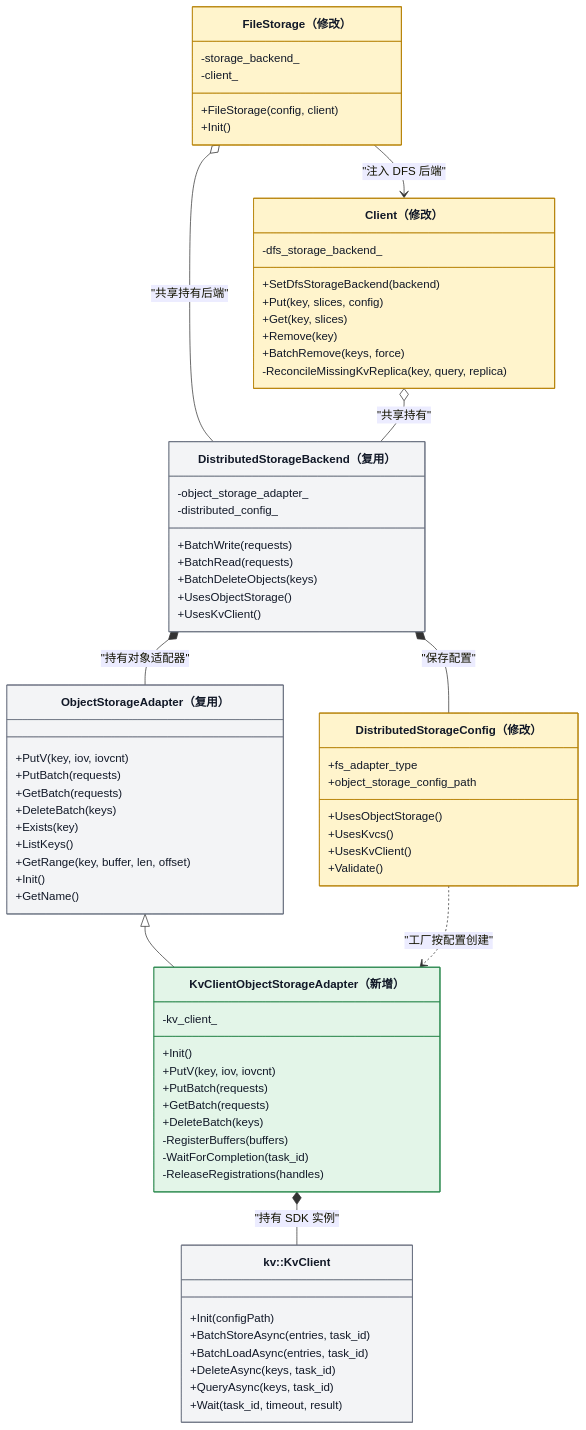
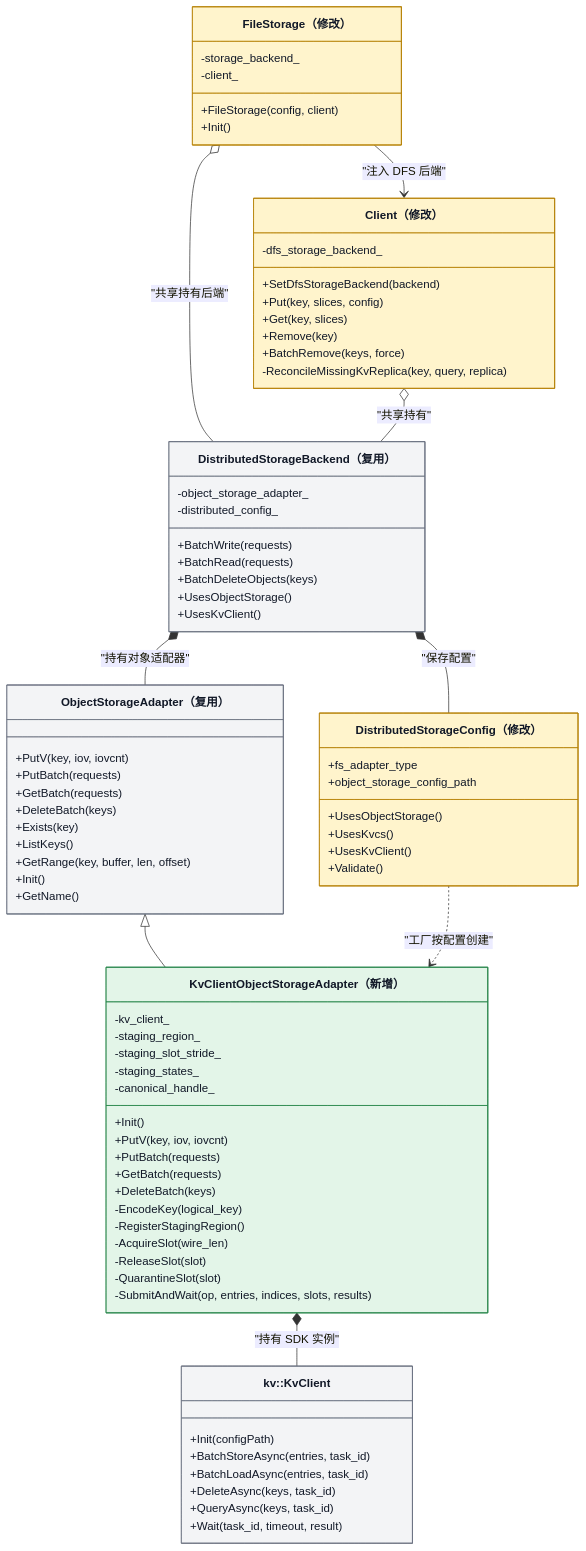
The second of 13 diagrams in Mooncake + KVClient L3 接入（Kvcs）- v3.md (zwj20000328-dotcom/Mooncake-documents), drawn with Mermaid before and after one commit. The commit also changed other lines of this file, not shown here.

First line of the commit message:
docs: fold StagingArena into KvClientObjectStorageAdapter slot management

```diff
--- a/Mooncake + KVClient L3 接入（Kvcs）- v3.md
+++ b/Mooncake + KVClient L3 接入（Kvcs）- v3.md
@@ -188,14 +188,21 @@
    
     class KvClientObjectStorageAdapter["KvClientObjectStorageAdapter（新增）"] {
         -kv_client_
+        -staging_region_
+        -staging_slot_stride_
+        -staging_states_
+        -canonical_handle_
         +Init()
         +PutV(key, iov, iovcnt)
         +PutBatch(requests)
         +GetBatch(requests)
         +DeleteBatch(keys)
-        -RegisterBuffers(buffers)
-        -WaitForCompletion(task_id)
-        -ReleaseRegistrations(handles)
+        -EncodeKey(logical_key)
+        -RegisterStagingRegion()
+        -AcquireSlot(wire_len)
+        -ReleaseSlot(slot)
+        -QuarantineSlot(slot)
+        -SubmitAndWait(op, entries, indices, slots, results)
     }
 
     class SdkKvClient["kv::KvClient"] {
@@ -220,7 +227,6 @@
     style FileStorage fill:#fff4cc,stroke:#b58105,color:#111827
     style Client fill:#fff4cc,stroke:#b58105,color:#111827
     style KvClientObjectStorageAdapter fill:#e3f5e8,stroke:#28864b,color:#111827
-    style StagingArena fill:#e3f5e8,stroke:#28864b,color:#111827
     style DistributedStorageBackend fill:#f3f4f6,stroke:#6b7280,color:#111827
     style ObjectStorageAdapter fill:#f3f4f6,stroke:#6b7280,color:#111827
     style SdkKvClient fill:#f3f4f6,stroke:#6b7280,color:#111827
```
